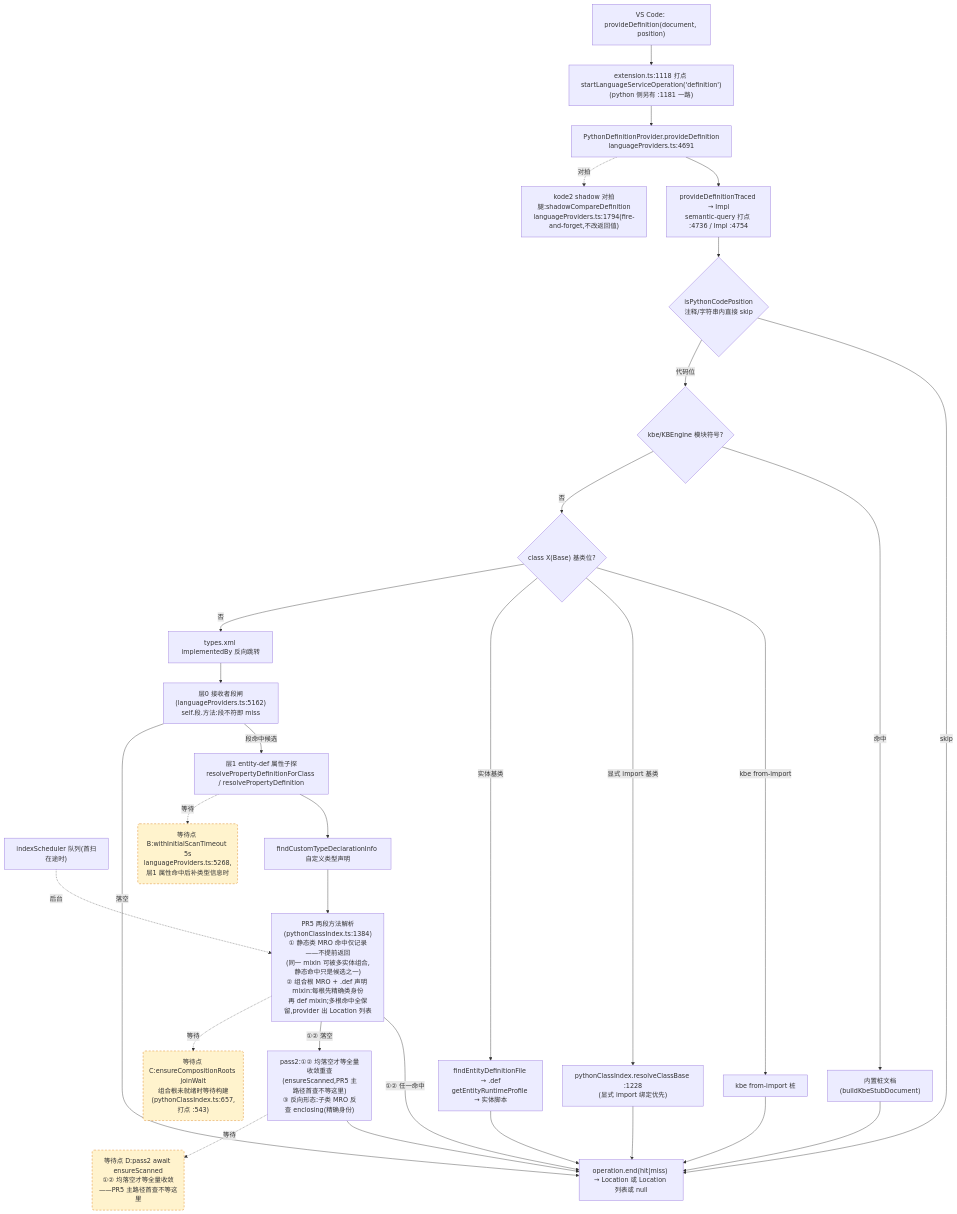
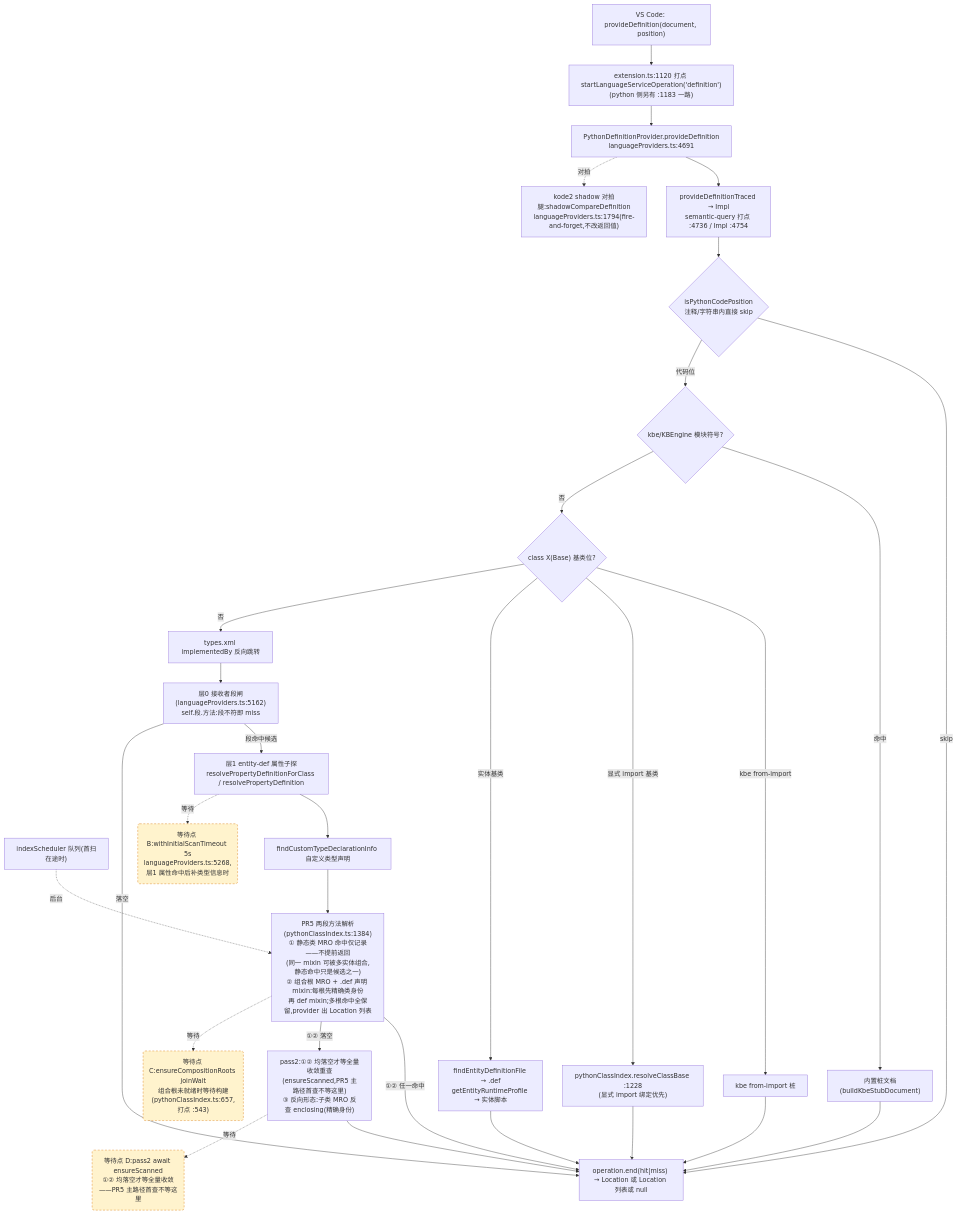
One commit to cuihairu/kode changed the second of 4 diagrams in docs/perf/2026-baseline.md. Above: the diagram before and after it, drawn with Mermaid. The commit also changed other lines of this file and 92 other files, not shown here.

````diff
--- a/docs/perf/2026-baseline.md
+++ b/docs/perf/2026-baseline.md
@@ -130,51 +130,51 @@
 ```mermaid
 flowchart TD
   VC2["VS Code: provideDefinition(document, position)"]
-  M2["extension.ts:1118 打点 startLanguageServiceOperation('definition')<br/>(python 侧另有 :1181 一路)"]
+  M2["extension.ts:1120 打点 startLanguageServiceOperation('definition')<br/>(python 侧另有 :1183 一路)"]
   AD2["PythonDefinitionProvider.provideDefinition<br/>languageProviders.ts:4691"]
   TR["provideDefinitionTraced → Impl<br/>semantic-query 打点 :4736 / Impl :4754"]
   CTX{"isPythonCodePosition<br/>注释/字符串内直接 skip"}
   KBE{"kbe/KBEngine 模块符号?"}
   STUB["内置桩文档(buildKbeStubDocument)"]
   CB{"class X(Base) 基类位?"}
   CB1["kbe from-import 桩"]
   CB2["pythonClassIndex.resolveClassBase :1228<br/>(显式 import 绑定优先)"]
   CB3["findEntityDefinitionFile → .def<br/>getEntityRuntimeProfile → 实体脚本"]
   REV["types.xml implementedBy 反向跳转"]
   L0["层0 接收者段闸(languageProviders.ts:5162)<br/>self.段.方法:段不符即 miss"]
   L1["层1 entity-def 属性子探<br/>resolvePropertyDefinitionForClass / resolvePropertyDefinition"]
   SCAN["indexScheduler 队列(首扫在途时)"]
   TY["findCustomTypeDeclarationInfo 自定义类型声明"]
   MRO["PR5 两段方法解析(pythonClassIndex.ts:1384)<br/>① 静态类 MRO 命中仅记录——不提前返回<br/>(同一 mixin 可被多实体组合,静态命中只是候选之一)<br/>② 组合根 MRO + .def 声明 mixin:每根先精确类身份<br/>再 def mixin;多根命中全保留,provider 出 Location 列表"]
   PASS2["pass2:①② 均落空才等全量收敛重查<br/>(ensureScanned,PR5 主路径首查不等这里)<br/>③ 反向形态:子类 MRO 反查 enclosing(精确身份)"]
   SHD["kode2 shadow 对拍腿:shadowCompareDefinition<br/>languageProviders.ts:1794(fire-and-forget,不改返回值)"]
   END2["operation.end(hit|miss) → Location 或 Location 列表或 null"]
 
   VC2 --> M2 --> AD2 --> TR --> CTX
   CTX -- "skip" --> END2
   CTX -- "代码位" --> KBE
   KBE -- "命中" --> STUB --> END2
   KBE -- "否" --> CB
   CB -- "kbe from-import" --> CB1 --> END2
   CB -- "显式 import 基类" --> CB2 --> END2
   CB -- "实体基类" --> CB3 --> END2
   CB -- "否" --> REV --> L0
   L0 -- "段命中候选" --> L1
   L0 -- "落空" --> END2
   L1 --> TY
   TY --> MRO
   MRO -- "①② 任一命中" --> END2
   MRO -- "①② 落空" --> PASS2 --> END2
   AD2 -.->|对拍| SHD
 
   WAITB("等待点 B:withInitialScanTimeout 5s<br/>languageProviders.ts:5268,层1 属性命中后补类型信息时")
   WAITC("等待点 C:ensureCompositionRoots joinWait<br/>组合根未就绪时等待构建(pythonClassIndex.ts:657,打点 :543)")
   WAITD("等待点 D:pass2 await ensureScanned<br/>①② 均落空才等全量收敛——PR5 主路径首查不等这里")
   L1 -.->|等待| WAITB
   MRO -.->|等待| WAITC
   PASS2 -.->|等待| WAITD
   SCAN -.->|后台| MRO
 
   classDef waitPoint fill:#fff3cd,stroke:#d97706,stroke-dasharray:5 4;
   class WAITB,WAITC,WAITD waitPoint;
 ```
````
